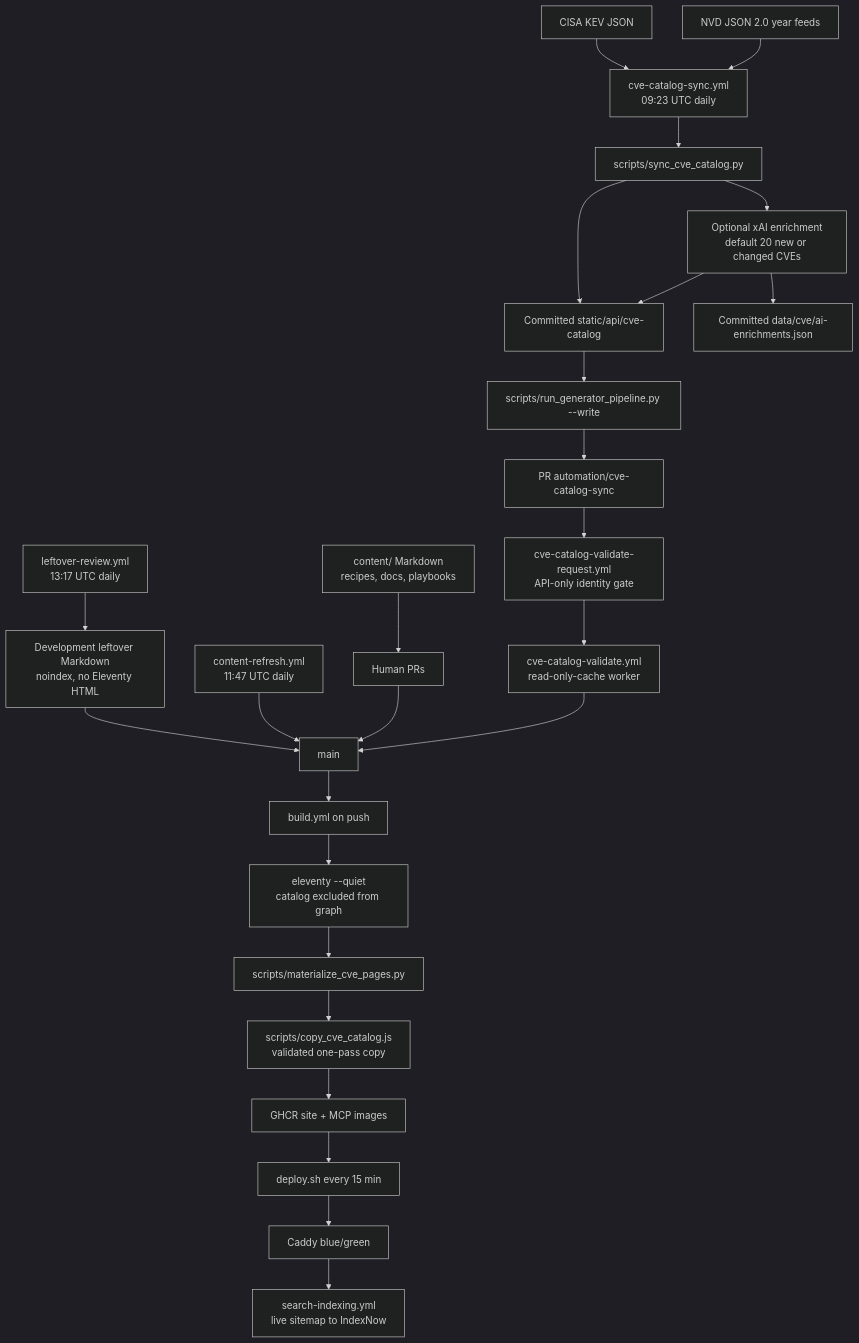
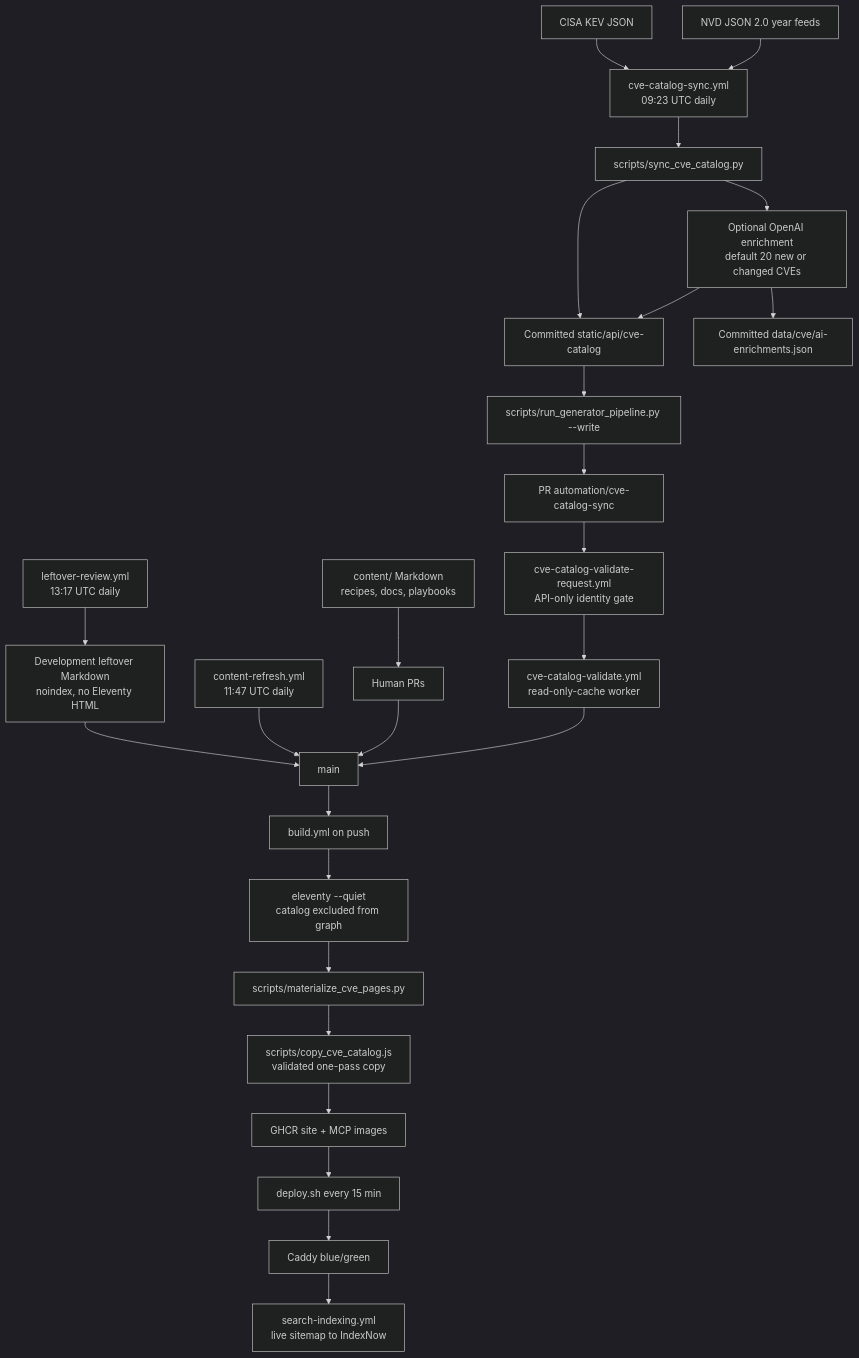
One commit to stevologic/security-recipes.ai changed the diagram in content/docs/site-data-pipeline.md. Above: the diagram before and after it, drawn with Mermaid (dark theme). The commit also changed other lines of this file and 11 other files, not shown here.

First line of the commit message:
Switch CVE catalog enrichment from xAI Grok to OpenAI.

````diff
--- a/content/docs/site-data-pipeline.md
+++ b/content/docs/site-data-pipeline.md
@@ -28,59 +28,59 @@
 ```mermaid
 flowchart TB
     NVD["NVD JSON 2.0 year feeds"]
     KEV["CISA KEV JSON"]
     MD["content/ Markdown<br/>recipes, docs, playbooks"]
 
     SYNC["cve-catalog-sync.yml<br/>09:23 UTC daily"]
     SYNCPY["scripts/sync_cve_catalog.py"]
-    XAI["Optional xAI enrichment<br/>default 20 new or changed CVEs"]
+    OPENAI["Optional OpenAI enrichment<br/>default 20 new or changed CVEs"]
     CAT["Committed static/api/cve-catalog"]
     CACHE["Committed data/cve/ai-enrichments.json"]
     PIPE["scripts/run_generator_pipeline.py --write"]
     CATPR["PR automation/cve-catalog-sync"]
     VALREQ["cve-catalog-validate-request.yml<br/>API-only identity gate"]
     VAL["cve-catalog-validate.yml<br/>read-only-cache worker"]
 
     HUMAN["Human PRs"]
     REFRESH["content-refresh.yml<br/>11:47 UTC daily"]
     LEFT["leftover-review.yml<br/>13:17 UTC daily"]
     DRAFTS["Development leftover Markdown<br/>noindex, no Eleventy HTML"]
 
     MAIN["main"]
     BUILD["build.yml on push"]
     E11["eleventy --quiet<br/>catalog excluded from graph"]
     MAT["scripts/materialize_cve_pages.py"]
     COPY["scripts/copy_cve_catalog.js<br/>validated one-pass copy"]
     IMG["GHCR site + MCP images"]
     DEP["deploy.sh every 15 min"]
     LIVE["Caddy blue/green"]
     IDX["search-indexing.yml<br/>live sitemap to IndexNow"]
 
     NVD --> SYNC
     KEV --> SYNC
     SYNC --> SYNCPY
-    SYNCPY --> XAI
-    XAI --> CAT
-    XAI --> CACHE
+    SYNCPY --> OPENAI
+    OPENAI --> CAT
+    OPENAI --> CACHE
     SYNCPY --> CAT
     CAT --> PIPE
     PIPE --> CATPR
     CATPR --> VALREQ
     VALREQ --> VAL
     VAL --> MAIN
 
     MD --> HUMAN
     HUMAN --> MAIN
     REFRESH --> MAIN
     LEFT --> DRAFTS
     DRAFTS --> MAIN
 
     MAIN --> BUILD
     BUILD --> E11
     E11 --> MAT
     MAT --> COPY
     COPY --> IMG
     IMG --> DEP
     DEP --> LIVE
     LIVE --> IDX
 ```
````
